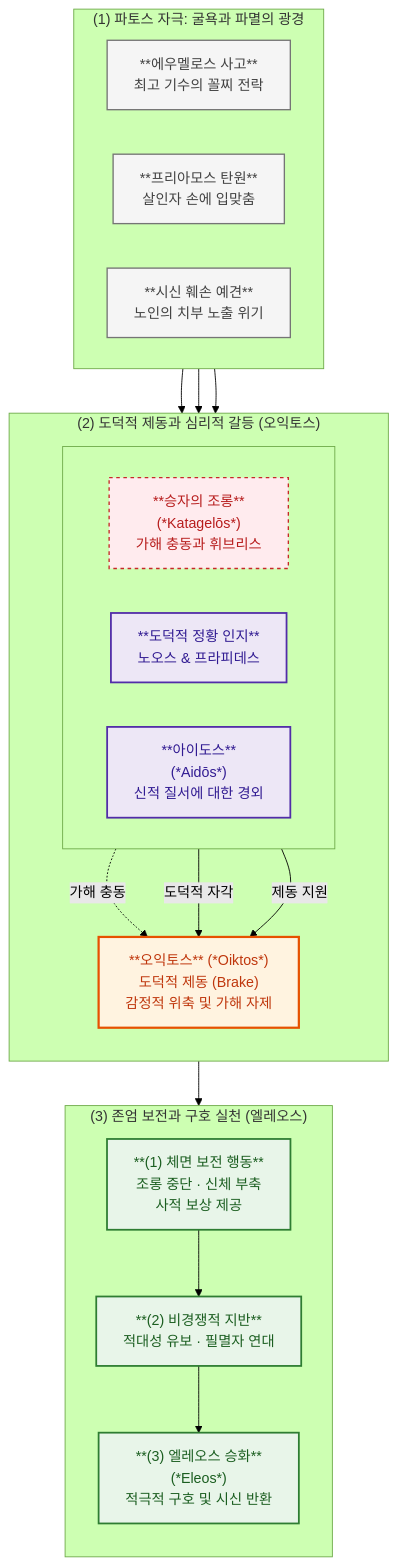
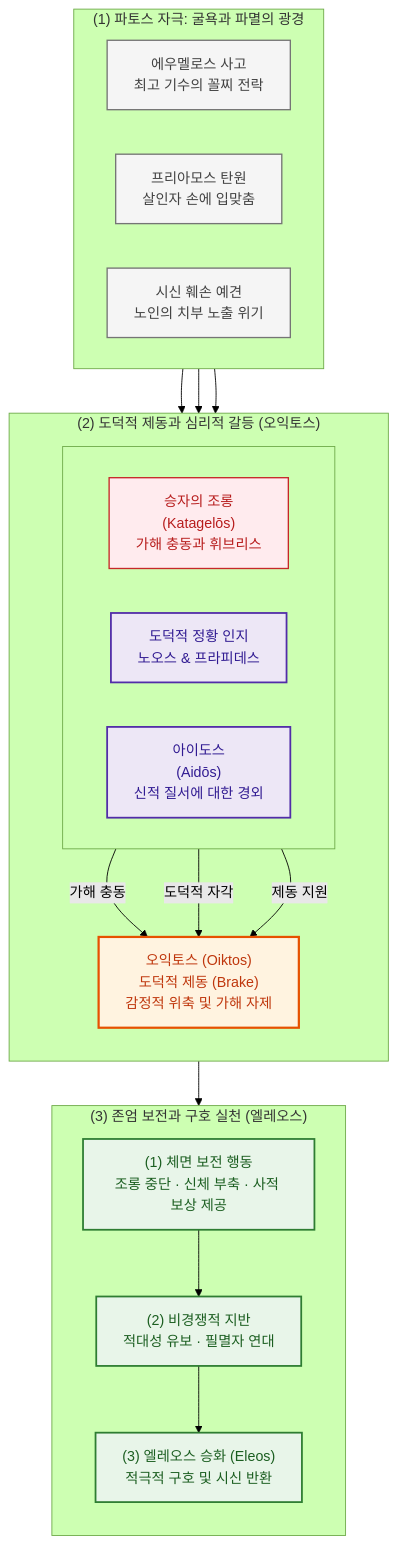
The diagram in wiki/concepts/concept-oiktos.md (YgHnSIM/Homer_wiki), drawn with Mermaid (forest theme) before and after one commit. The commit also changed 2 other files, not shown here.

Commit message:
refactor(concepts): 머메이드 글상자 점선 제거 및 제목 헤더 강조

````diff
--- a/wiki/concepts/concept-oiktos.md
+++ b/wiki/concepts/concept-oiktos.md
@@ -129,49 +129,49 @@
 ```mermaid
 flowchart TD
     %% 스타일 정의
     classDef core fill:#FFF3E0,stroke:#E65100,stroke-width:2.5px,color:#BF360C;
     classDef norm fill:#EDE7F6,stroke:#512DA8,stroke-width:2px,color:#311B92;
-    classDef oppose fill:#FFEBEE,stroke:#C62828,stroke-width:1.5px,stroke-dasharray: 4 4,color:#B71C1C;
+    classDef oppose fill:#FFEBEE,stroke:#C62828,stroke-width:1.5px,color:#B71C1C;
     classDef action fill:#E8F5E9,stroke:#2E7D32,stroke-width:2px,color:#1B5E20;
     classDef event fill:#F5F5F5,stroke:#757575,stroke-width:1.5px,color:#424242;
 
     %% 1. 파토스 자극
     subgraph S1 ["(1) 파토스 자극: 굴욕과 파멸의 광경"]
         direction LR
-        E1["**에우멜로스 사고**<br/>최고 기수의 꼴찌 전락"]:::event
-        E2["**프리아모스 탄원**<br/>살인자 손에 입맞춤"]:::event
-        E3["**시신 훼손 예견**<br/>노인의 치부 노출 위기"]:::event
+        E1["에우멜로스 사고<br/>최고 기수의 꼴찌 전락"]:::event
+        E2["프리아모스 탄원<br/>살인자 손에 입맞춤"]:::event
+        E3["시신 훼손 예견<br/>노인의 치부 노출 위기"]:::event
     end
 
     %% 2. 도덕적 제동과 심리적 갈등
     subgraph S2 ["(2) 도덕적 제동과 심리적 갈등 (오익토스)"]
         direction TB
         subgraph S2_Top [" "]
             direction LR
-            OPP["**승자의 조롱**<br/>(*Katagelōs*)<br/>가해 충동과 휘브리스"]:::oppose
-            COG["**도덕적 정황 인지**<br/>노오스 & 프라피데스"]:::norm
-            AID["**아이도스**<br/>(*Aidōs*)<br/>신적 질서에 대한 경외"]:::norm
+            OPP["승자의 조롱<br/>(Katagelōs)<br/>가해 충동과 휘브리스"]:::oppose
+            COG["도덕적 정황 인지<br/>노오스 & 프라피데스"]:::norm
+            AID["아이도스<br/>(Aidōs)<br/>신적 질서에 대한 경외"]:::norm
         end
 
-        OIK["**오익토스** (*Oiktos*)<br/>도덕적 제동 (Brake)<br/>감정적 위축 및 가해 자제"]:::core
+        OIK["오익토스 (Oiktos)<br/>도덕적 제동 (Brake)<br/>감정적 위축 및 가해 자제"]:::core
 
-        OPP -.->|"가해 충동"| OIK
+        OPP -->|"가해 충동"| OIK
         COG -->|"도덕적 자각"| OIK
         AID -->|"제동 지원"| OIK
     end
 
     %% 3. 실천과 승화
     subgraph S3 ["(3) 존엄 보전과 구호 실천 (엘레오스)"]
         direction TB
-        ACT["**(1) 체면 보전 행동**<br/>조롱 중단 · 신체 부축<br/>사적 보상 제공"]:::action
-        MED["**(2) 비경쟁적 지반**<br/>적대성 유보 · 필멸자 연대"]:::action
-        ELE["**(3) 엘레오스 승화**<br/>(*Eleos*)<br/>적극적 구호 및 시신 반환"]:::action
+        ACT["(1) 체면 보전 행동<br/>조롱 중단 · 신체 부축 · 사적 보상 제공"]:::action
+        MED["(2) 비경쟁적 지반<br/>적대성 유보 · 필멸자 연대"]:::action
+        ELE["(3) 엘레오스 승화 (Eleos)<br/>적극적 구호 및 시신 반환"]:::action
 
         ACT --> MED
         MED --> ELE
     end
 
     %% 단계 간 연결
     E1 & E2 & E3 --> COG
     OIK --> ACT
 ```
````
